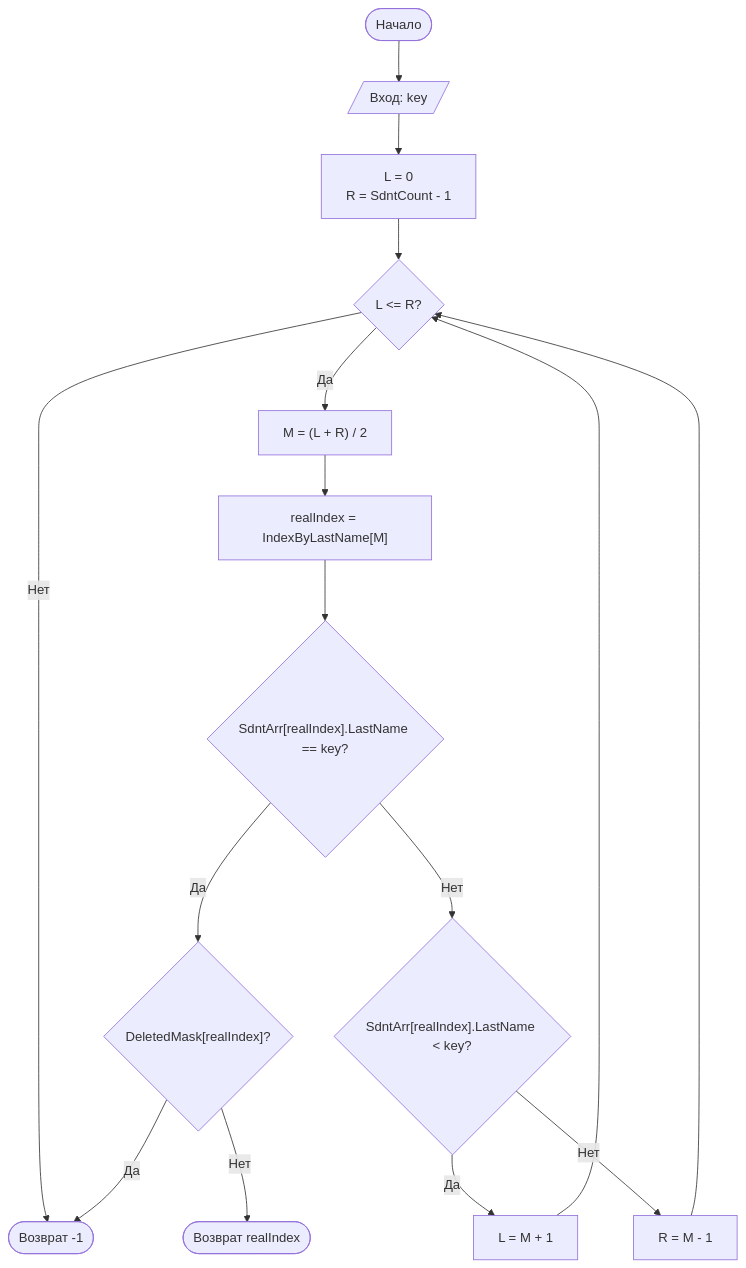
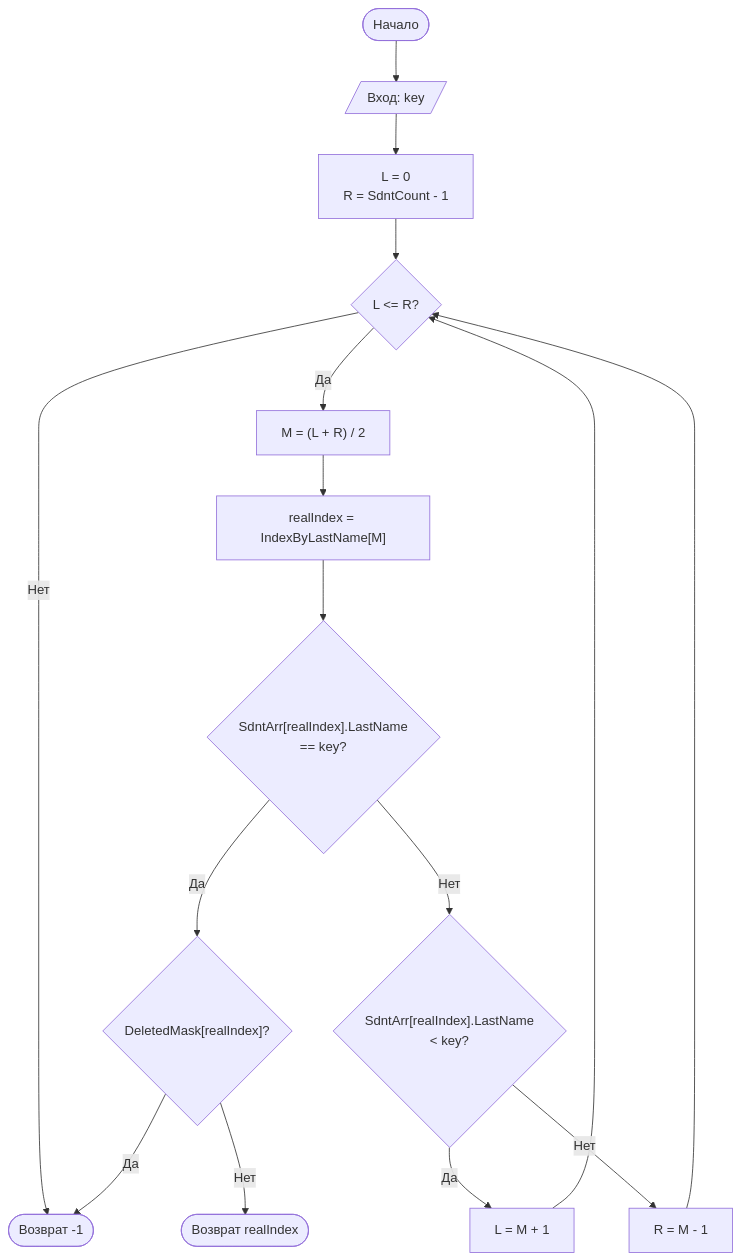
The third of 4 diagrams in README.md (Zrossiz/toi), drawn with Mermaid before and after one commit. The commit also changed other lines of this file, not shown here.

````diff
--- a/README.md
+++ b/README.md
@@ -87,24 +82,24 @@
 ```mermaid
 flowchart TD
     Start([Начало]) --> Input[/Вход: key/]
     Input --> InitBounds["L = 0<br/>R = SdntCount - 1"]
 
     InitBounds --> CondLoop{"L <= R?"}
     CondLoop -- Нет --> RetNotFound([Возврат -1])
 
     CondLoop -- Да --> CalcM["M = (L + R) / 2"]
     CalcM --> GetIdx["realIndex = IndexByLastName[M]"]
 
-    GetIdx --> CheckEq{"SdntArr[realIndex].LastName == key?"}
+    GetIdx --> CheckEq{"SdntArr[realIndex].LastName<br/>== key?"}
 
     CheckEq -- Да --> CheckDel{"DeletedMask[realIndex]?"}
     CheckDel -- Да --> RetNotFound
     CheckDel -- Нет --> RetFound([Возврат realIndex])
 
-    CheckEq -- Нет --> CheckLess{"SdntArr[realIndex].LastName < key?"}
+    CheckEq -- Нет --> CheckLess{"SdntArr[realIndex].LastName<br/>< key?"}
     CheckLess -- Да --> SetL["L = M + 1"]
     CheckLess -- Нет --> SetR["R = M - 1"]
 
     SetL --> CondLoop
     SetR --> CondLoop
 ```
````
